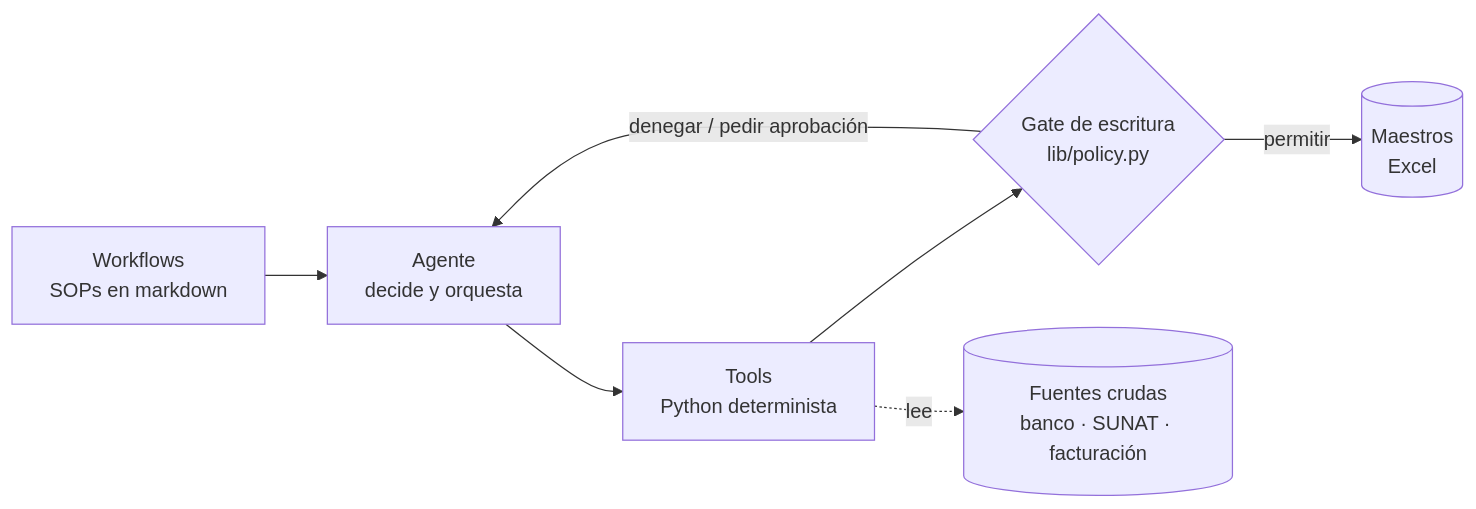
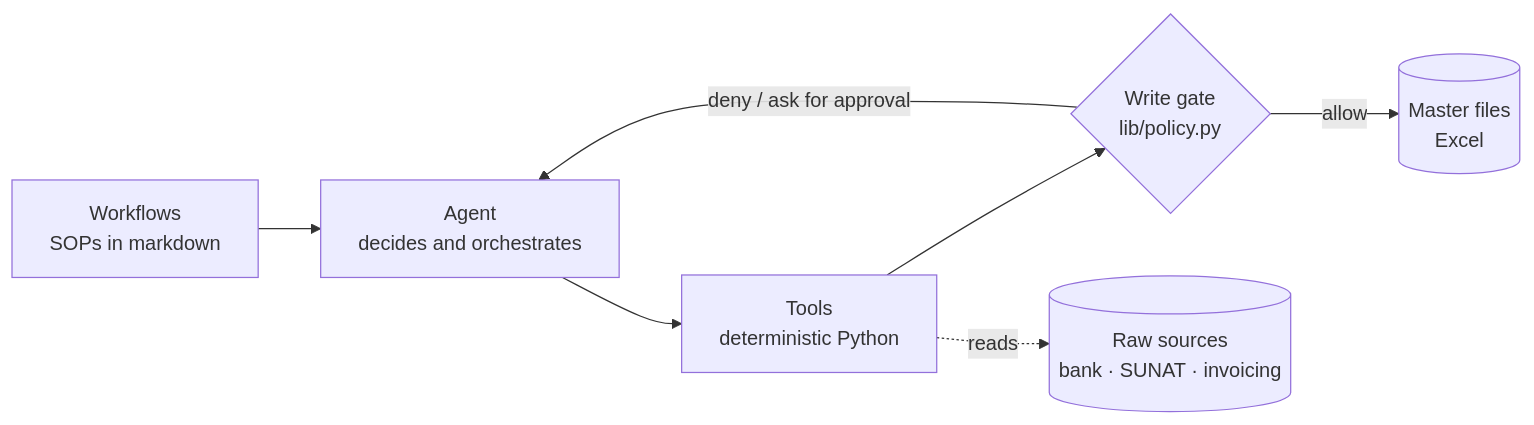
Before and after one commit to edpauce/control-financiero-wat: the diagram in README.md, drawn with Mermaid. The commit also changed other lines of this file and 1 other file, not shown here.

````diff
--- a/README.md
+++ b/README.md
@@ -16,9 +16,9 @@
 ```mermaid
 flowchart LR
-    W[Workflows<br/>SOPs en markdown] --> A[Agente<br/>decide y orquesta]
-    A --> T[Tools<br/>Python determinista]
-    T --> G{Gate de escritura<br/>lib/policy.py}
-    G -->|permitir| M[(Maestros<br/>Excel)]
-    G -->|denegar / pedir aprobación| A
-    T -.lee.-> F[(Fuentes crudas<br/>banco · SUNAT · facturación)]
+    W[Workflows<br/>SOPs in markdown] --> A[Agent<br/>decides and orchestrates]
+    A --> T[Tools<br/>deterministic Python]
+    T --> G{Write gate<br/>lib/policy.py}
+    G -->|allow| M[(Master files<br/>Excel)]
+    G -->|deny / ask for approval| A
+    T -.reads.-> F[(Raw sources<br/>bank · SUNAT · invoicing)]
 ```
````
